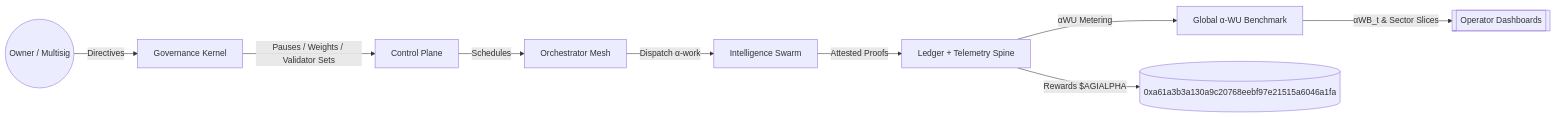
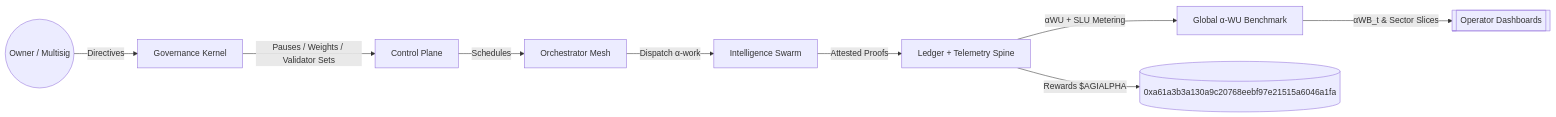
Before and after one commit to MontrealAI/AGI-Alpha-Node-v0: the first of 3 diagrams in README.md, drawn with Mermaid. The commit also changed other lines of this file, not shown here.

Commit message:
Refresh README for SLU pipeline and owner controls

````diff
--- a/README.md
+++ b/README.md
@@ -62,11 +66,11 @@
 ```mermaid
 flowchart LR
   Owner((Owner / Multisig)) -->|Directives| Governance[Governance Kernel]
   Governance -->|Pauses / Weights / Validator Sets| ControlPlane[Control Plane]
   ControlPlane -->|Schedules| OrchestratorMesh[Orchestrator Mesh]
   OrchestratorMesh -->|Dispatch α‑work| IntelligenceSwarm[Intelligence Swarm]
   IntelligenceSwarm -->|Attested Proofs| LedgerTelemetry[Ledger + Telemetry Spine]
-  LedgerTelemetry -->|αWU Metering| AlphaWB[Global α‑WU Benchmark]
+  LedgerTelemetry -->|αWU + SLU Metering| AlphaWB[Global α‑WU Benchmark]
   LedgerTelemetry -->|Rewards $AGIALPHA| Treasury[(0xa61a3b3a130a9c20768eebf97e21515a6046a1fa)]
   AlphaWB -->|αWB_t & Sector Slices| Dashboards[[Operator Dashboards]]
 ```
````
